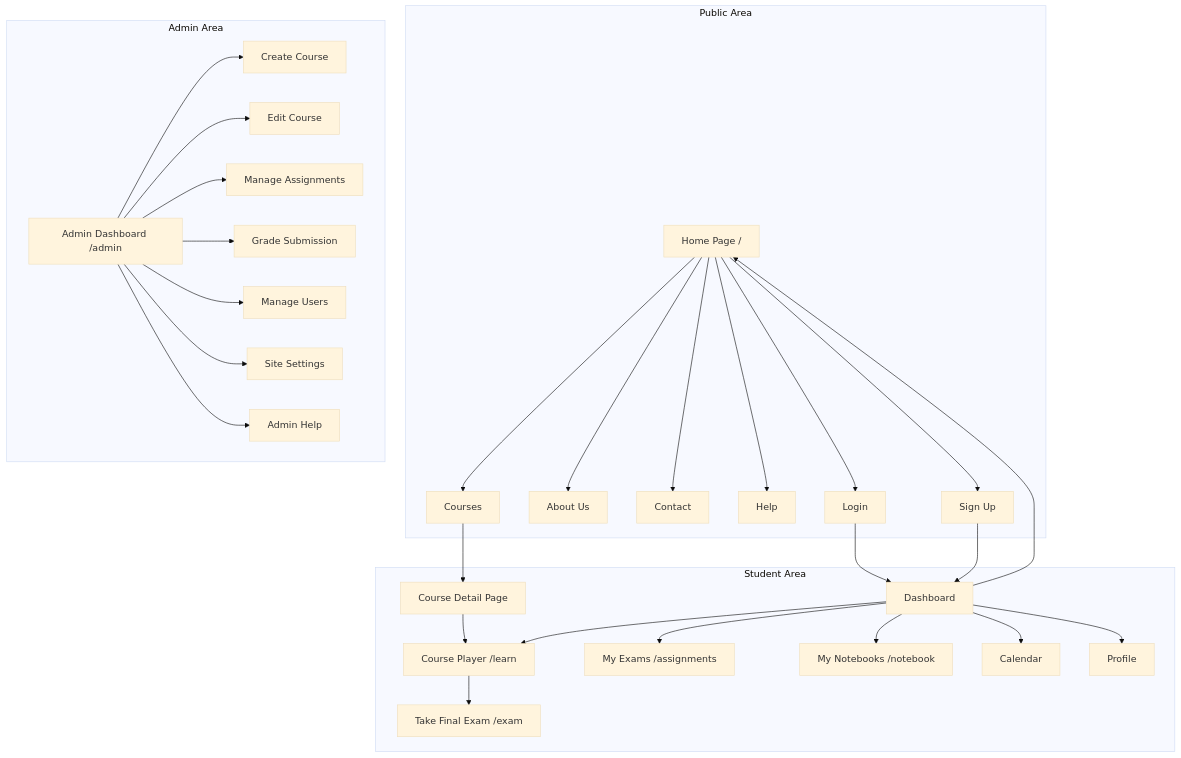
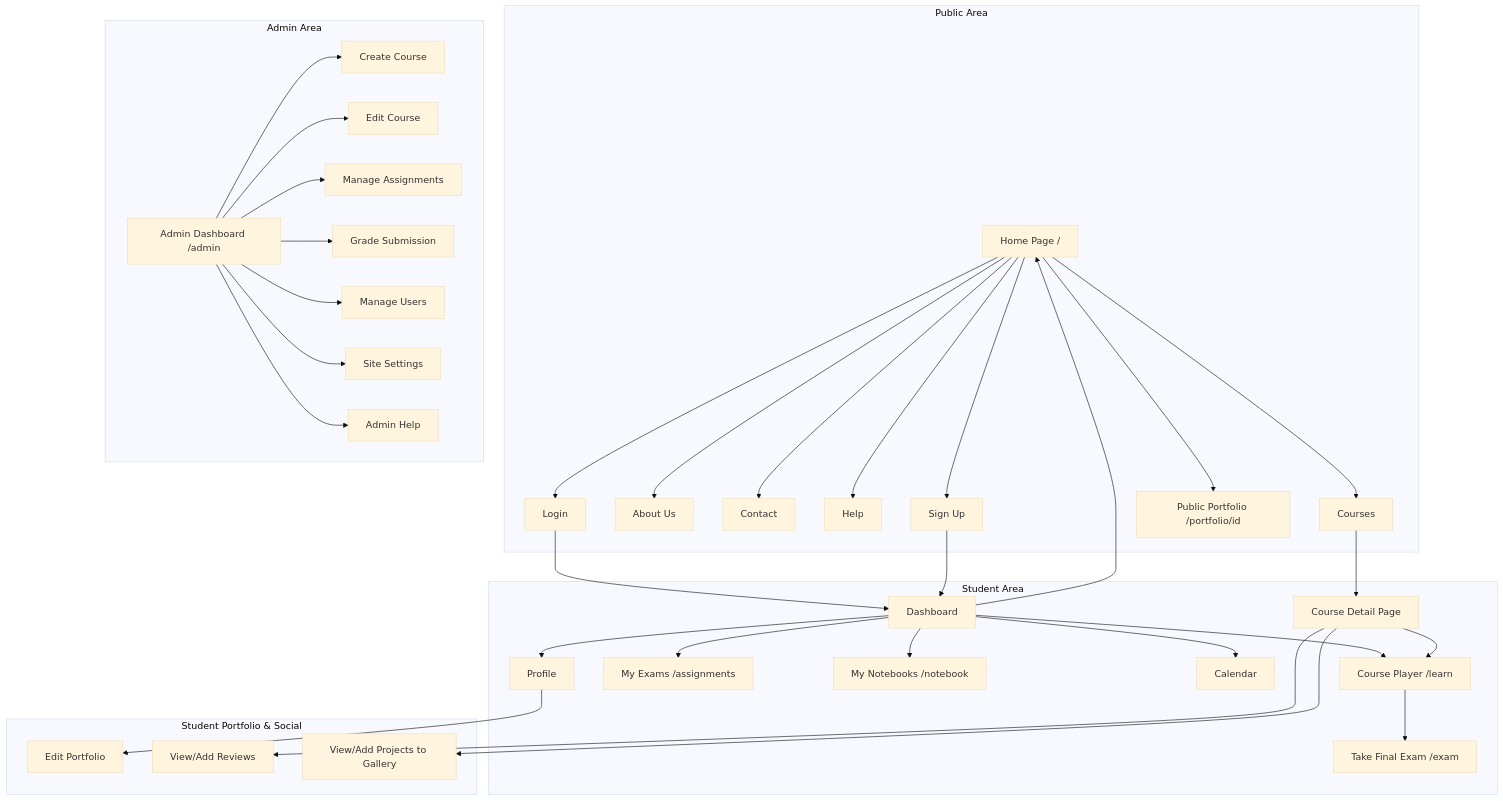
The first of 5 diagrams in VISUAL_FRAMEWORK.md (Kmaina32/Ubuntu-Academy-), drawn with Mermaid (base theme) before and after one commit. The commit also changed other lines of this file and 1 other file, not shown here.

Commit message:
suggest more student functions ,crud and pages.

````diff
--- a/VISUAL_FRAMEWORK.md
+++ b/VISUAL_FRAMEWORK.md
@@ -9,36 +10,43 @@
 ```mermaid
 graph TD
     subgraph Public Area
         A[Home Page /] --> B[Courses];
         A --> C[About Us];
         A --> D[Contact];
         A --> E[Help];
         A --> F[Login];
         A --> G[Sign Up];
+        A --> SP[Public Portfolio /portfolio/id];
     end
 
     subgraph Student Area
         H[Dashboard] --> I[Course Player /learn];
         H --> J[My Exams /assignments];
         H --> K[My Notebooks /notebook];
         H --> L[Calendar];
         H --> M[Profile];
         I --> N[Take Final Exam /exam];
         B --> O[Course Detail Page];
         O --> I;
     end
+
+    subgraph "Student Portfolio & Social"
+        M --> P[Edit Portfolio];
+        O --> Q[View/Add Reviews];
+        O --> R[View/Add Projects to Gallery];
+    end
     
     subgraph Admin Area
-        P[Admin Dashboard /admin] --> Q[Create Course];
-        P --> R[Edit Course];
-        P --> S[Manage Assignments];
-        P --> T[Grade Submission];
-        P --> U[Manage Users];
-        P --> V[Site Settings];
-        P --> W[Admin Help];
+        S[Admin Dashboard /admin] --> T[Create Course];
+        S --> U[Edit Course];
+        S --> V[Manage Assignments];
+        S --> W[Grade Submission];
+        S --> X[Manage Users];
+        S --> Y[Site Settings];
+        S --> Z[Admin Help];
     end
 
     F --> H;
     G --> H;
     H --> A;
 ```
````
